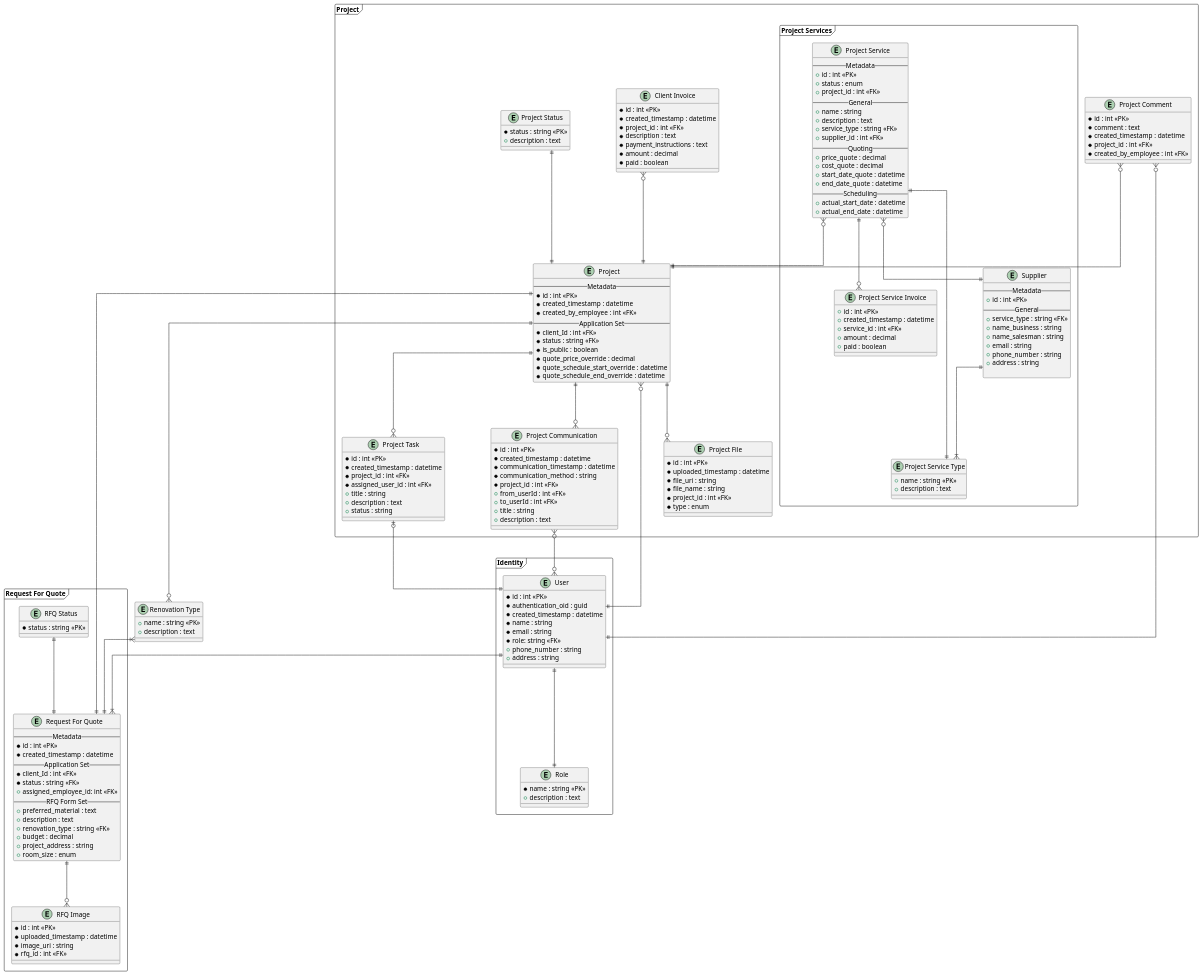
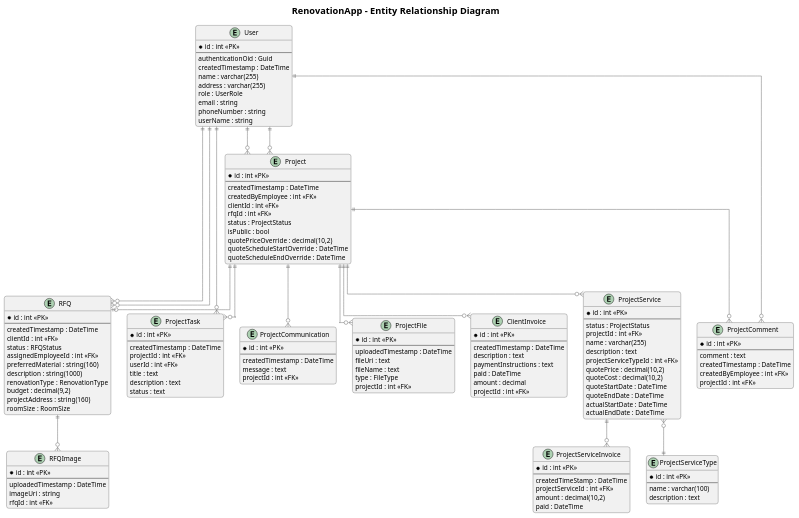
One commit to Web-Development-UAlberta/exsm-3951-exsm-3943-spring-2025-python-c-project-construction-project-team changed the diagram in docs/ERD/ERD.plantuml. Above: the diagram before and after it, drawn with PlantUML. The commit also changed 63 other files, not shown here.

Commit message:
Update models and ERD

```diff
--- a/docs/ERD/ERD.plantuml
+++ b/docs/ERD/ERD.plantuml
@@ -1,217 +1,177 @@
-@startuml
+@startuml RenovationApp ERD
 
+' Styling
 skinparam linetype ortho
-skinparam nodesep 100
-skinparam ranksep 100
-top to bottom direction
+skinparam backgroundColor white
+skinparam roundcorner 10
+skinparam shadowing false
+skinparam ArrowColor #666666
+skinparam classFontSize 14
+skinparam packageFontSize 14
+skinparam titleFontSize 20
 
-entity "Renovation Type" as RenovationType {
-  +name : string <<PK>>
-  +description : text
+' Title
+title RenovationApp - Entity Relationship Diagram
+
+' Entities
+
+entity "User" as User {
+  * id : int <<PK>>
+  --
+  authenticationOid : Guid
+  createdTimestamp : DateTime
+  name : varchar(255)
+  address : varchar(255)
+  role : UserRole
+  email : string
+  phoneNumber : string
+  userName : string
 }
 
-
-package "Identity" <<frame>> {
-    entity "User" as User {
-    *id : int <<PK>>
-    *authentication_oid : guid
-    *created_timestamp : datetime
-    *name : string
-    *email : string
-    *role: string <<FK>>
-    +phone_number : string
-    +address : string
-    }
-
-    entity "Role" as UserRole {
-    *name : string <<PK>>
-    +description : text
-    }
-
-    User ||--|| UserRole
+entity "Project" as Project {
+  * id : int <<PK>>
+  --
+  createdTimestamp : DateTime
+  createdByEmployee : int <<FK>>
+  clientId : int <<FK>>
+  rfqId : int <<FK>>
+  status : ProjectStatus
+  isPublic : bool
+  quotePriceOverride : decimal(10,2)
+  quoteScheduleStartOverride : DateTime
+  quoteScheduleEndOverride : DateTime
 }
 
-package "Request For Quote" <<frame>> {
-    entity "Request For Quote" as RFQ {
-    -- Metadata --
-    *id : int <<PK>>
-    *created_timestamp : datetime
-    -- Application Set --
-    *client_Id : int <<FK>>
-    *status : string <<FK>>
-    +assigned_employee_id: int <<FK>>
-    -- RFQ Form Set --
-    +preferred_material : text
-    +description : text
-    +renovation_type : string <<FK>>
-    +budget : decimal
-    +project_address : string
-    +room_size : enum
-    }
-
-    entity "RFQ Image" as RFQImage {
-    *id : int <<PK>>
-    *uploaded_timestamp : datetime
-    *image_uri : string
-    *rfq_id : int <<FK>>
-    }
-
-    entity "RFQ Status" as RFQStatus {
-    *status : string <<PK>>
-    }
-
-    User ||--|{ RFQ
-    RenovationType }|--|| RFQ
-    RFQ ||--o{ RFQImage
-    RFQStatus ||--|| RFQ
-} 
-
-package "Project" <<frame>> {
-    entity "Project" as Project {
-    -- Metadata --
-    *id : int <<PK>> 
-    *created_timestamp : datetime
-    *created_by_employee : int <<FK>>
-    -- Application Set --
-    *client_Id : int <<FK>>
-    *status : string <<FK>>
-    *is_public : boolean
-    *quote_price_override : decimal
-    *quote_schedule_start_override : datetime
-    *quote_schedule_end_override : datetime
-    }
-
-    entity "Client Invoice" as ClientInvoice {
-        *id : int <<PK>>
-        *created_timestamp : datetime
-        *project_id : int <<FK>>
-        *description : text
-        *payment_instructions : text
-        *amount : decimal
-        *paid : boolean
-    }
-
-    entity "Project Comment" as ProjectComment {
-        *id : int <<PK>>
-        *comment : text
-        *created_timestamp : datetime
-        *project_id : int <<FK>>
-        *created_by_employee : int <<FK>>
-    }
-    entity "Project Status" as ProjectStatus {
-        *status : string <<PK>>
-        +description : text
-    }
-    package "Project Services" <<frame>> {
-        entity "Project Service Type" as ProjectServiceType {
-            +name : string <<PK>>
-            +description : text
-        }
-        entity "Project Service" as ProjectService {
-            -- Metadata --
-            +id : int <<PK>>
-            +status : enum
-            +project_id : int <<FK>>
-            -- General --
-            +name : string
-            +description : text
-            +service_type : string <<FK>>
-            +supplier_id : int <<FK>>
-            -- Quoting --
-            +price_quote : decimal
-            +cost_quote : decimal
-            +start_date_quote : datetime
-            +end_date_quote : datetime
-            -- Scheduling --
-            +actual_start_date : datetime
-            +actual_end_date : datetime
-        }
-        entity "Supplier" as Supplier {
-            -- Metadata --
-            +id : int <<PK>>
-            -- General --
-            +service_type : string <<FK>>
-            +name_business : string
-            +name_salesman : string
-            +email : string
-            +phone_number : string
-            +address : string
-            
-        }
-
-        entity "Project Service Invoice" as ProjectServiceInvoice {
-            +id : int <<PK>>
-            +created_timestamp : datetime
-            +service_id : int <<FK>>
-            +amount : decimal
-            +paid : boolean
-        }
-
-        ProjectService ||--o{ ProjectServiceInvoice        
-        ProjectService ||--|| ProjectServiceType
-        ProjectService }o--|| Supplier
-        Supplier ||--|{ ProjectServiceType
-
-    }
-
-    entity "Project Task" as ProjectTask {
-        *id : int <<PK>>
-        *created_timestamp : datetime
-        *project_id : int <<FK>>
-        *assigned_user_id : int <<FK>>
-        +title : string
-        +description : text
-        +status : string
-    }
-    
-    entity "Project Communication" as ProjectCommunication {
-        *id : int <<PK>>
-        *created_timestamp : datetime
-        *communication_timestamp : datetime
-        *communication_method : string
-        *project_id : int <<FK>>
-        +from_userId : int <<FK>>
-        +to_userId : int <<FK>>
-        +title : string
-        +description : text
-    }
-
-    entity "Project File" as ProjectFile {
-        *id : int <<PK>>
-        *uploaded_timestamp : datetime
-        *file_uri : string
-        *file_name : string
-        *project_id : int <<FK>>
-        *type : enum
-    }
-
-    Project ||--o{ ProjectCommunication
-    ProjectCommunication }o--o{ User
-    Project ||--o{ ProjectTask
-    ProjectTask |o--|| User
-    Project||--o{ ProjectFile
-    User ||--o{ Project
-    Project ||--|| RFQ
-    ProjectService }o--|| Project
-    Project ||--o{ RenovationType
-    ProjectStatus ||--|| Project
-    ProjectComment }o--|| Project
-    ProjectComment }o--|| User
-    ClientInvoice }o--|| Project
-    
+entity "RFQ" as RFQ {
+  * id : int <<PK>>
+  --
+  createdTimestamp : DateTime
+  clientId : int <<FK>>
+  status : RFQStatus
+  assignedEmployeeId : int <<FK>>
+  preferredMaterial : string(160)
+  description : string(1000)
+  renovationType : RenovationType
+  budget : decimal(9,2)
+  projectAddress : string(160)
+  roomSize : RoomSize
 }
 
+entity "RFQImage" as RFQImage {
+  * id : int <<PK>>
+  --
+  uploadedTimestamp : DateTime
+  imageUri : string
+  rfqId : int <<FK>>
+}
 
+entity "ProjectService" as ProjectService {
+  * id : int <<PK>>
+  --
+  status : ProjectStatus
+  projectId : int <<FK>>
+  name : varchar(255)
+  description : text
+  projectServiceTypeId : int <<FK>>
+  quotePrice : decimal(10,2)
+  quoteCost : decimal(10,2)
+  quoteStartDate : DateTime
+  quoteEndDate : DateTime
+  actualStartDate : DateTime
+  actualEndDate : DateTime
+}
 
+entity "ProjectServiceType" as ProjectServiceType {
+  * id : int <<PK>>
+  --
+  name : varchar(100)
+  description : text
+}
 
+entity "ProjectServiceInvoice" as ProjectServiceInvoice {
+  * id : int <<PK>>
+  --
+  createdTimeStamp : DateTime
+  projectServiceId : int <<FK>>
+  amount : decimal(10,2)
+  paid : DateTime
+}
 
+entity "ProjectTask" as ProjectTask {
+  * id : int <<PK>>
+  --
+  createdTimestamp : DateTime
+  projectId : int <<FK>>
+  userId : int <<FK>>
+  title : text
+  description : text
+  status : text
+}
 
+entity "ProjectComment" as ProjectComment {
+  * id : int <<PK>>
+  --
+  comment : text
+  createdTimestamp : DateTime
+  createdByEmployee : int <<FK>>
+  projectId : int <<FK>>
+}
 
+entity "ProjectCommunication" as ProjectCommunication {
+  * id : int <<PK>>
+  --
+  createdTimestamp : DateTime
+  message : text
+  projectId : int <<FK>>
+}
 
+entity "ProjectFile" as ProjectFile {
+  * id : int <<PK>>
+  --
+  uploadedTimestamp : DateTime
+  fileUri : text
+  fileName : text
+  type : FileType
+  projectId : int <<FK>>
+}
 
+entity "ClientInvoice" as ClientInvoice {
+  * id : int <<PK>>
+  --
+  createdTimestamp : DateTime
+  description : text
+  paymentInstructions : text
+  paid : DateTime
+  amount : decimal
+  projectId : int <<FK>>
+}
 
+' Relationships
 
+' User relationships - Employee
+User ||--o{ Project
+User ||--o{ ProjectComment
+User ||--o{ ProjectTask
+User ||--o{ RFQ
 
+' User relationships - Client
+User ||--o{ Project
+User ||--o{ RFQ
 
+' Project relationships
+Project ||--o{ ProjectComment
+Project ||--o{ ProjectFile
+Project ||--o{ ProjectCommunication
+Project ||--o{ ClientInvoice
+Project ||--o{ ProjectService
+Project ||--o{ ProjectTask
+Project ||--o| RFQ
+
+' RFQ relationships
+RFQ ||--o{ RFQImage
+
+' ProjectService relationships
+ProjectService ||--o{ ProjectServiceInvoice
+ProjectService }o--|| ProjectServiceType
 
 @enduml
```
